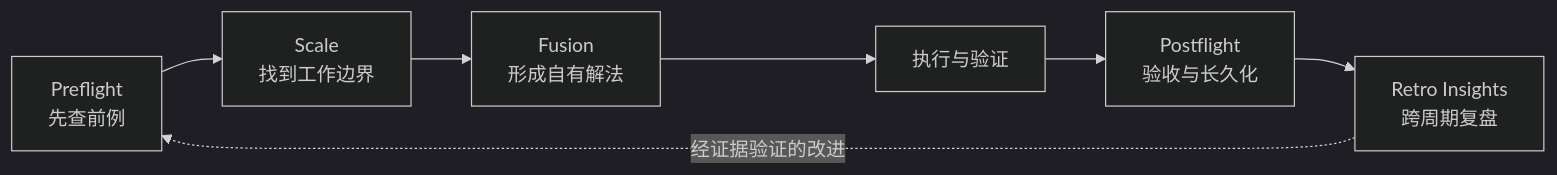
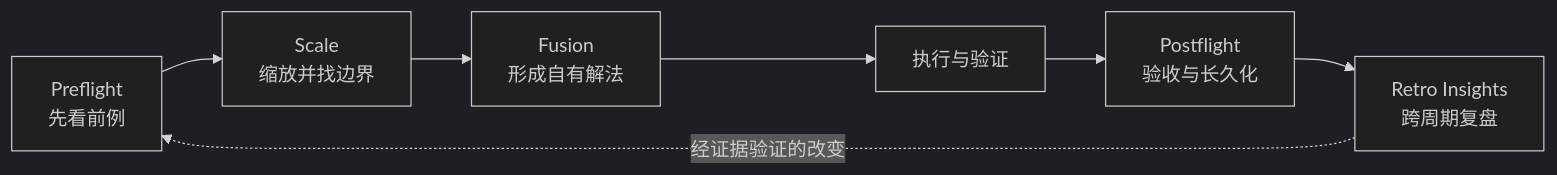
One commit to Kyoyen/thinking-workflow-agent-skills changed the diagram in README.md. Above: the diagram before and after it, drawn with Mermaid (dark theme). The commit also changed other lines of this file and 4 other files, not shown here.

````diff
--- a/README.md
+++ b/README.md
@@ -13,9 +13,9 @@
 ```mermaid
 flowchart LR
-    A["Preflight<br/>先查前例"] --> B["Scale<br/>找到工作边界"]
+    A["Preflight<br/>先看前例"] --> B["Scale<br/>缩放并找边界"]
     B --> C["Fusion<br/>形成自有解法"]
     C --> D["执行与验证"]
     D --> E["Postflight<br/>验收与长久化"]
     E --> F["Retro Insights<br/>跨周期复盘"]
-    F -. "经证据验证的改进" .-> A
+    F -. "经证据验证的改变" .-> A
 ```
````
